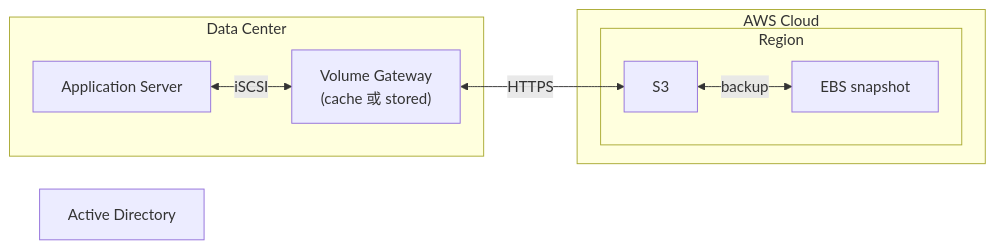
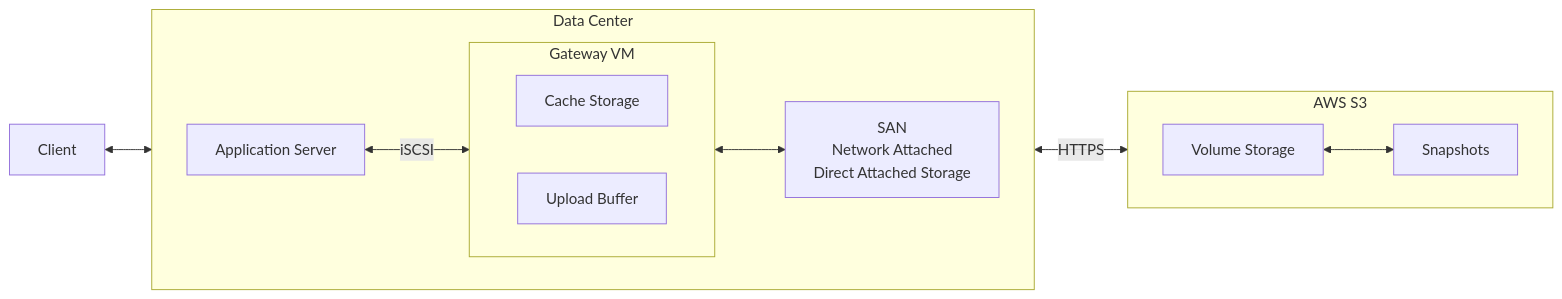
Before and after one commit to cool21540125/documentation-notes: the third of 5 diagrams in aws/StorageGateway.md, drawn with Mermaid. The commit also changed other lines of this file and 8 other files, not shown here.

````diff
--- a/aws/StorageGateway.md
+++ b/aws/StorageGateway.md
@@ -83,18 +84,25 @@
 ```mermaid
 flowchart LR
-ap["Application Server"]
-vg["Volume Gateway \n (cache 或 stored)"]
-ad["Active Directory"]
 
 subgraph Data Center
-    ap <-- iSCSI --> vg;
+    direction LR
+    ap["Application Server"]
+    subgraph gwvm["Gateway VM"]
+        direction LR
+        cs["Cache Storage"]
+        ub["Upload Buffer"]
+    end
+    st["SAN \n Network Attached \n Direct Attached Storage"]
 end
-subgraph AWS Cloud
-    subgraph Region
-        s3["S3"]
-        ebs["EBS snapshot"]
-    end
+Client <--> ap
+ap <-- iSCSI --> gwvm;
+gwvm <--> st
+
+subgraph s3["AWS S3"]
+    direction LR
+    vs["Volume Storage"]
+    sp["Snapshots"]
 end
-vg <-- HTTPS --> s3;
-s3 <-- backup --> ebs;
+gwvm <-- HTTPS --> vs;
+vs <--> sp
 ```
````
